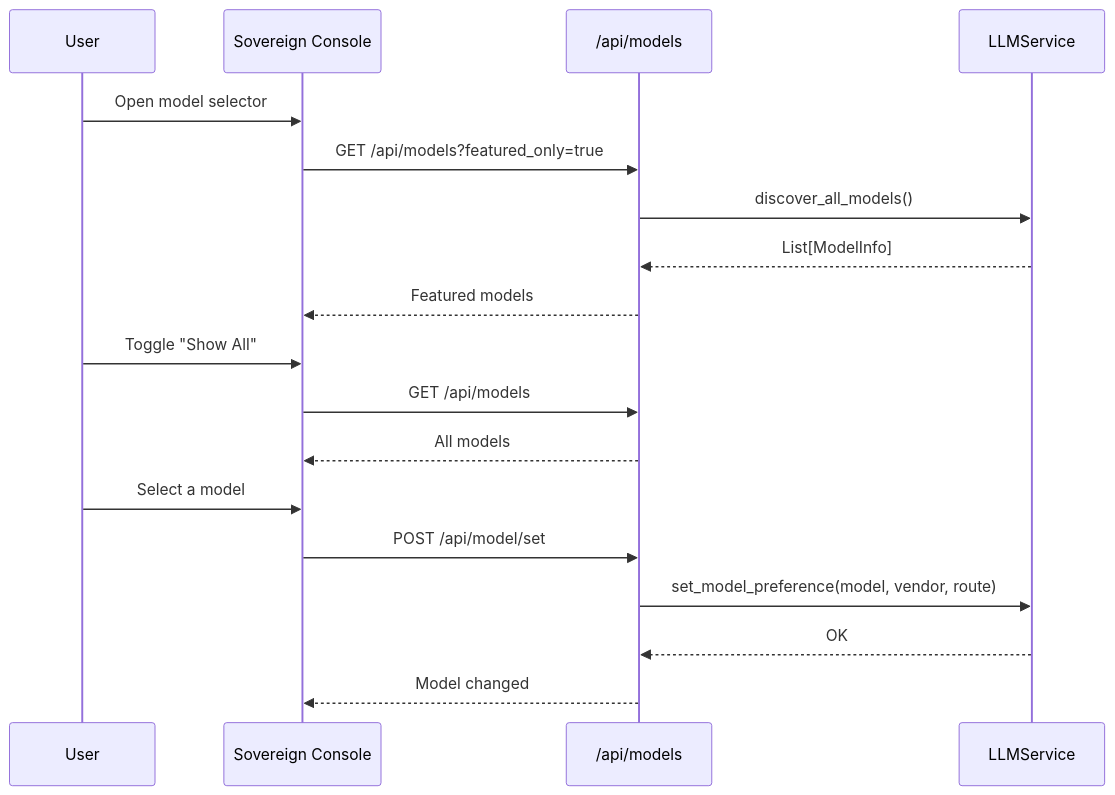
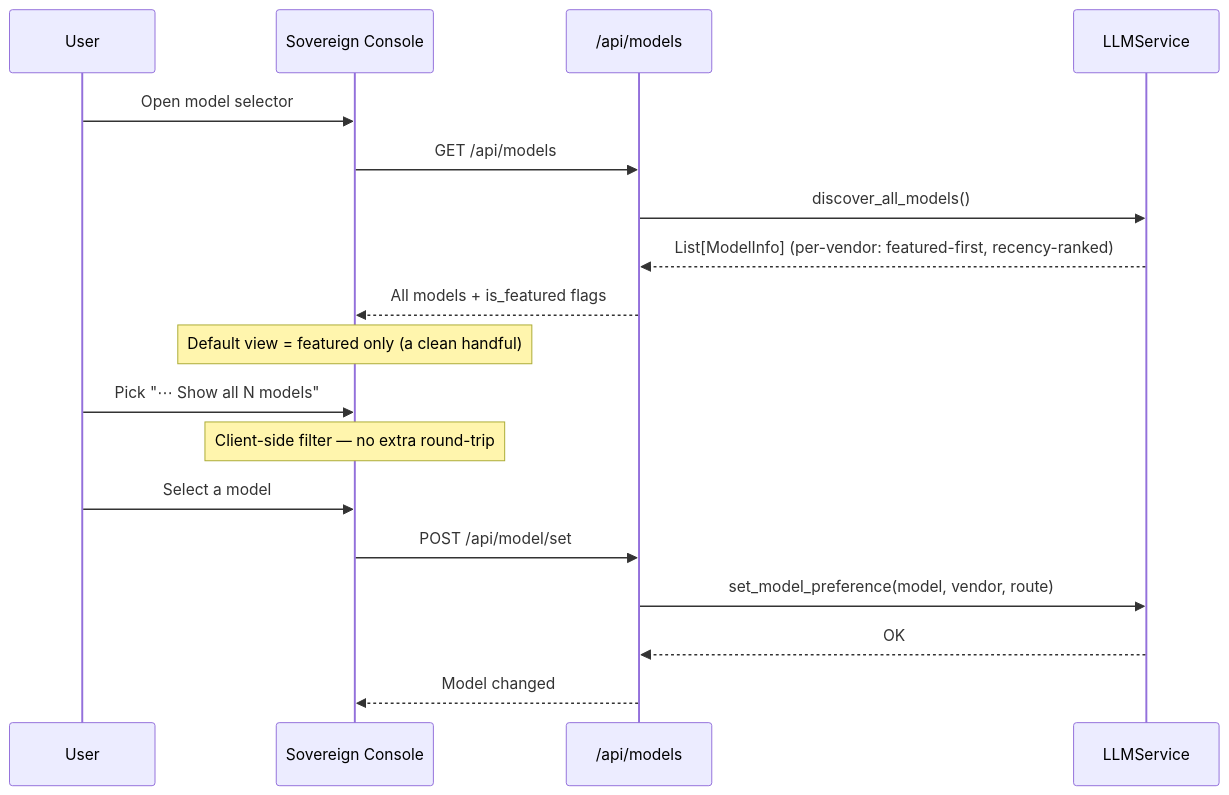
Diagram 14 of 14 in docs/diagrams/06-llm-management.md (KestrelSovereignAI/kestrel-sovereign), drawn with Mermaid before and after one commit. The commit also changed other lines of this file and 8 other files, not shown here.

````diff
--- a/docs/diagrams/06-llm-management.md
+++ b/docs/diagrams/06-llm-management.md
@@ -430,23 +430,23 @@
 ```mermaid
 sequenceDiagram
     participant U as User
     participant UI as Sovereign Console
     participant API as /api/models
     participant LLM as LLMService
 
     U->>UI: Open model selector
-    UI->>API: GET /api/models?featured_only=true
+    UI->>API: GET /api/models
     API->>LLM: discover_all_models()
-    LLM-->>API: List[ModelInfo]
-    API-->>UI: Featured models
+    LLM-->>API: List[ModelInfo] (per-vendor: featured-first, recency-ranked)
+    API-->>UI: All models + is_featured flags
+    Note over UI: Default view = featured only (a clean handful)
 
-    U->>UI: Toggle "Show All"
-    UI->>API: GET /api/models
-    API-->>UI: All models
+    U->>UI: Pick "⋯ Show all N models"
+    Note over UI: Client-side filter — no extra round-trip
 
     U->>UI: Select a model
     UI->>API: POST /api/model/set
     API->>LLM: set_model_preference(model, vendor, route)
     LLM-->>API: OK
     API-->>UI: Model changed
 ```
````
